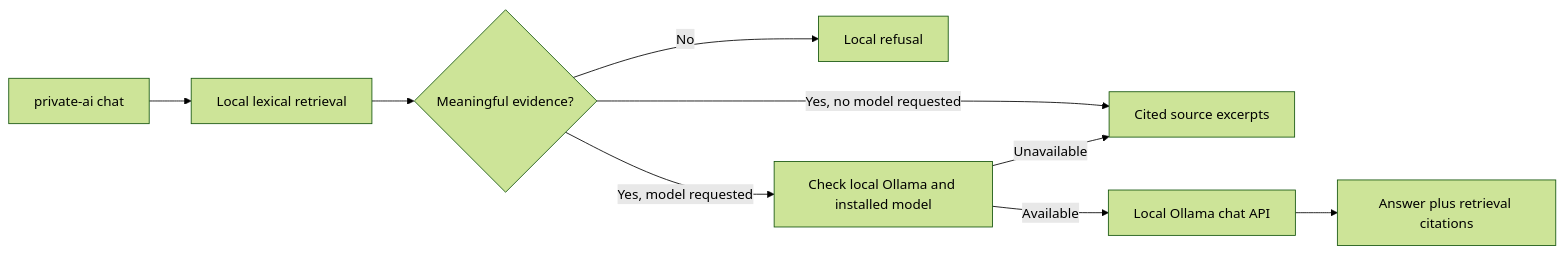
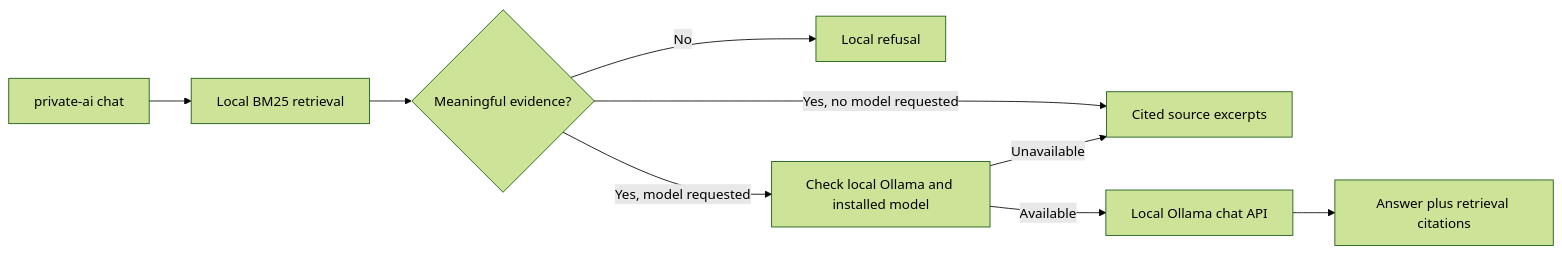
One commit to samasaikumarreddy/private-ai-architect changed the diagram in docs/local-rag-mvp.md. Above: the diagram before and after it, drawn with Mermaid (forest theme). The commit also changed other lines of this file and 22 other files, not shown here.

````diff
--- a/docs/local-rag-mvp.md
+++ b/docs/local-rag-mvp.md
@@ -12,11 +12,11 @@
 ```mermaid
 flowchart LR
-    USER["private-ai chat"] --> SEARCH["Local lexical retrieval"]
+    USER["private-ai chat"] --> SEARCH["Local BM25 retrieval"]
     SEARCH --> EVIDENCE{"Meaningful evidence?"}
     EVIDENCE -->|No| REFUSE["Local refusal"]
     EVIDENCE -->|Yes, no model requested| EXCERPTS["Cited source excerpts"]
     EVIDENCE -->|Yes, model requested| PREFLIGHT["Check local Ollama and installed model"]
     PREFLIGHT -->|Unavailable| EXCERPTS
     PREFLIGHT -->|Available| MODEL["Local Ollama chat API"]
     MODEL --> ANSWER["Answer plus retrieval citations"]
 ```
````
